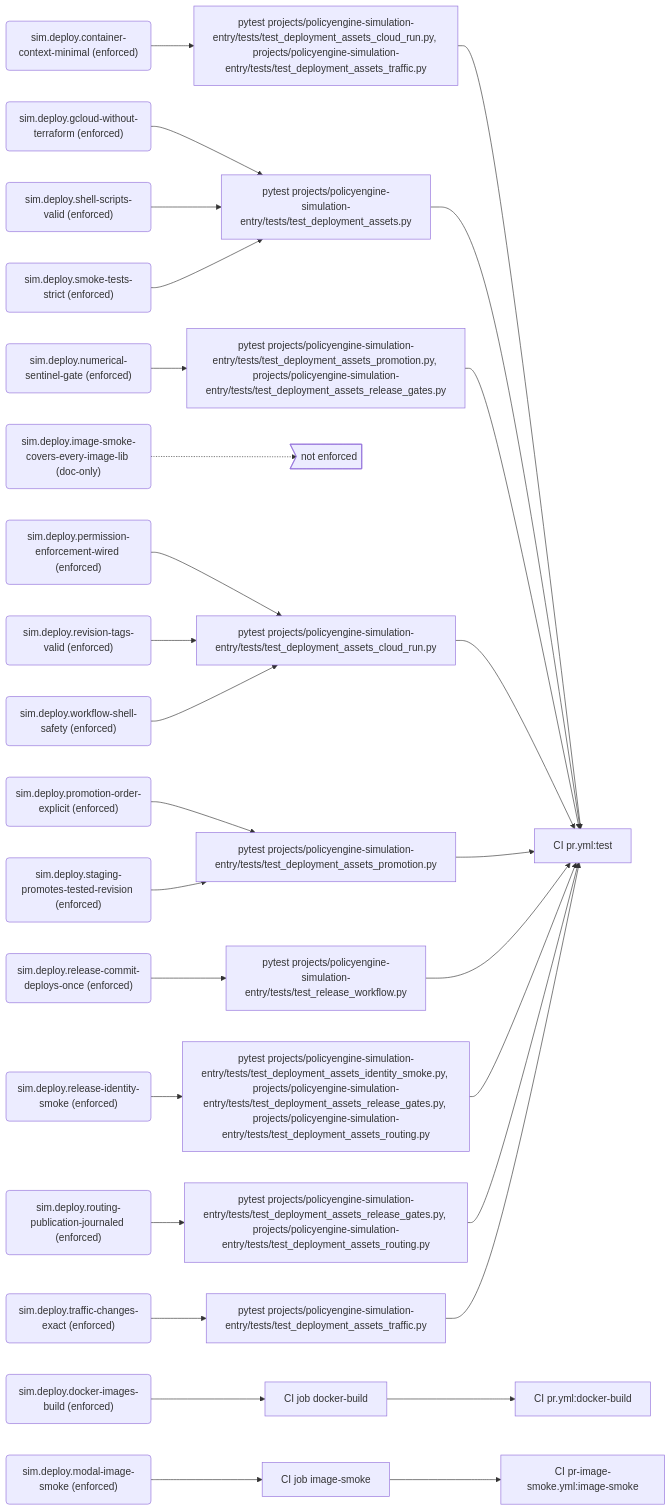
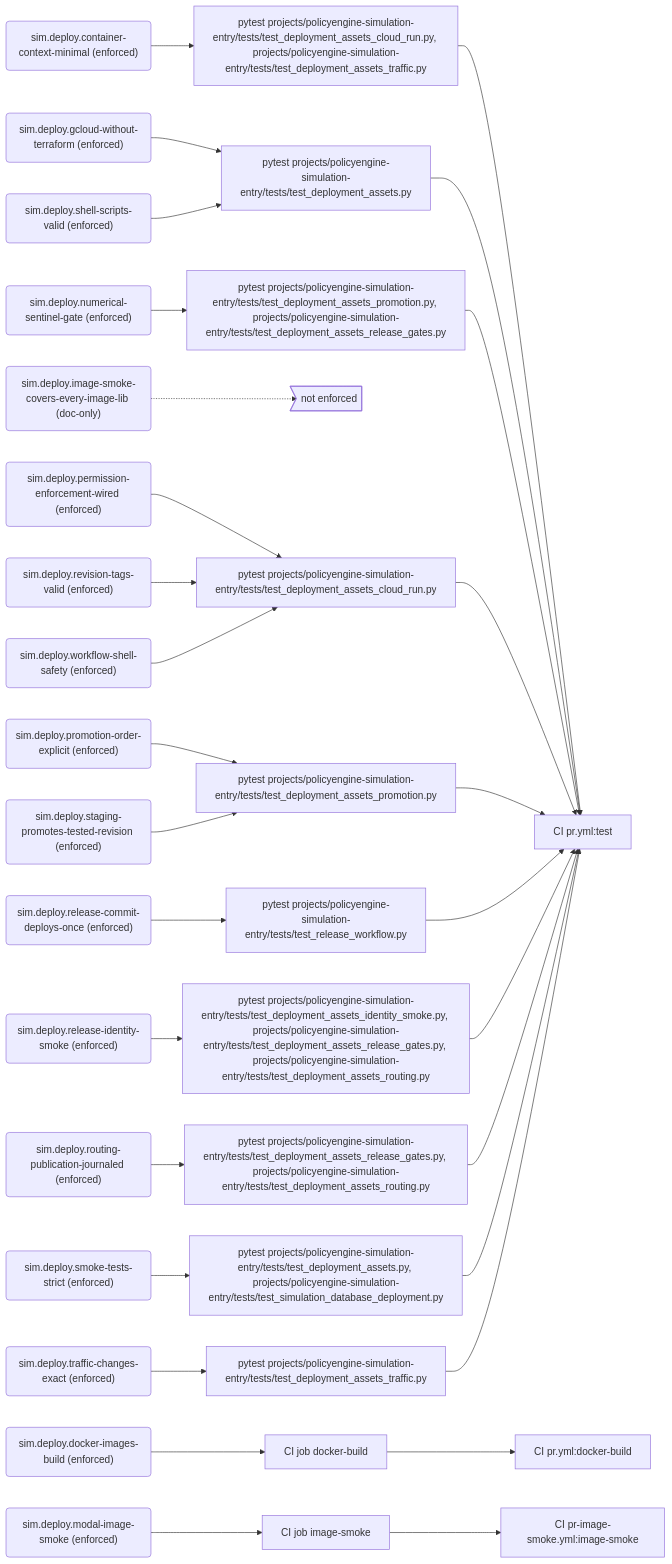
One commit to PolicyEngine/policyengine-sim-api changed the fourth of 11 diagrams in docs/generated/rules.md. Above: the diagram before and after it, drawn with Mermaid. The commit also changed other lines of this file and 6 other files, not shown here.

````diff
--- a/docs/generated/rules.md
+++ b/docs/generated/rules.md
@@ -176,63 +176,65 @@
 ```mermaid
 flowchart LR
   r_sim_deploy_container_context_minimal("sim.deploy.container-context-minimal (enforced)")
   e_pytest_projects_policyengine_simulation_entry_tests_test_deployment_assets_cloud_run_py__projects_policyengine_simulation_entry_tests_test_deployment_assets_traffic_py["pytest projects/policyengine-simulation-entry/tests/test_deployment_assets_cloud_run.py, projects/policyengine-simulation-entry/tests/test_deployment_assets_traffic.py"]
   j_CI_pr_yml_test["CI pr.yml:test"]
   r_sim_deploy_docker_images_build("sim.deploy.docker-images-build (enforced)")
   e_CI_job_docker_build["CI job docker-build"]
   j_CI_pr_yml_docker_build["CI pr.yml:docker-build"]
   r_sim_deploy_gcloud_without_terraform("sim.deploy.gcloud-without-terraform (enforced)")
   e_pytest_projects_policyengine_simulation_entry_tests_test_deployment_assets_py["pytest projects/policyengine-simulation-entry/tests/test_deployment_assets.py"]
   r_sim_deploy_image_smoke_covers_every_image_lib("sim.deploy.image-smoke-covers-every-image-lib (doc-only)")
   gap_unenforced>"not enforced"]
   r_sim_deploy_modal_image_smoke("sim.deploy.modal-image-smoke (enforced)")
   e_CI_job_image_smoke["CI job image-smoke"]
   j_CI_pr_image_smoke_yml_image_smoke["CI pr-image-smoke.yml:image-smoke"]
   r_sim_deploy_numerical_sentinel_gate("sim.deploy.numerical-sentinel-gate (enforced)")
   e_pytest_projects_policyengine_simulation_entry_tests_test_deployment_assets_promotion_py__projects_policyengine_simulation_entry_tests_test_deployment_assets_release_gates_py["pytest projects/policyengine-simulation-entry/tests/test_deployment_assets_promotion.py, projects/policyengine-simulation-entry/tests/test_deployment_assets_release_gates.py"]
   r_sim_deploy_permission_enforcement_wired("sim.deploy.permission-enforcement-wired (enforced)")
   e_pytest_projects_policyengine_simulation_entry_tests_test_deployment_assets_cloud_run_py["pytest projects/policyengine-simulation-entry/tests/test_deployment_assets_cloud_run.py"]
   r_sim_deploy_promotion_order_explicit("sim.deploy.promotion-order-explicit (enforced)")
   e_pytest_projects_policyengine_simulation_entry_tests_test_deployment_assets_promotion_py["pytest projects/policyengine-simulation-entry/tests/test_deployment_assets_promotion.py"]
   r_sim_deploy_release_commit_deploys_once("sim.deploy.release-commit-deploys-once (enforced)")
   e_pytest_projects_policyengine_simulation_entry_tests_test_release_workflow_py["pytest projects/policyengine-simulation-entry/tests/test_release_workflow.py"]
   r_sim_deploy_release_identity_smoke("sim.deploy.release-identity-smoke (enforced)")
   e_pytest_projects_policyengine_simulation_entry_tests_test_deployment_assets_identity_smoke_py__projects_policyengine_simulation_entry_tests_test_deployment_assets_release_gates_py__projects_policyengine_simulation_entry_tests_test_deployment_assets_routing_py["pytest projects/policyengine-simulation-entry/tests/test_deployment_assets_identity_smoke.py, projects/policyengine-simulation-entry/tests/test_deployment_assets_release_gates.py, projects/policyengine-simulation-entry/tests/test_deployment_assets_routing.py"]
   r_sim_deploy_revision_tags_valid("sim.deploy.revision-tags-valid (enforced)")
   r_sim_deploy_routing_publication_journaled("sim.deploy.routing-publication-journaled (enforced)")
   e_pytest_projects_policyengine_simulation_entry_tests_test_deployment_assets_release_gates_py__projects_policyengine_simulation_entry_tests_test_deployment_assets_routing_py["pytest projects/policyengine-simulation-entry/tests/test_deployment_assets_release_gates.py, projects/policyengine-simulation-entry/tests/test_deployment_assets_routing.py"]
   r_sim_deploy_shell_scripts_valid("sim.deploy.shell-scripts-valid (enforced)")
   r_sim_deploy_smoke_tests_strict("sim.deploy.smoke-tests-strict (enforced)")
+  e_pytest_projects_policyengine_simulation_entry_tests_test_deployment_assets_py__projects_policyengine_simulation_entry_tests_test_simulation_database_deployment_py["pytest projects/policyengine-simulation-entry/tests/test_deployment_assets.py, projects/policyengine-simulation-entry/tests/test_simulation_database_deployment.py"]
   r_sim_deploy_staging_promotes_tested_revision("sim.deploy.staging-promotes-tested-revision (enforced)")
   r_sim_deploy_traffic_changes_exact("sim.deploy.traffic-changes-exact (enforced)")
   e_pytest_projects_policyengine_simulation_entry_tests_test_deployment_assets_traffic_py["pytest projects/policyengine-simulation-entry/tests/test_deployment_assets_traffic.py"]
   r_sim_deploy_workflow_shell_safety("sim.deploy.workflow-shell-safety (enforced)")
   r_sim_deploy_container_context_minimal --> e_pytest_projects_policyengine_simulation_entry_tests_test_deployment_assets_cloud_run_py__projects_policyengine_simulation_entry_tests_test_deployment_assets_traffic_py
   e_pytest_projects_policyengine_simulation_entry_tests_test_deployment_assets_cloud_run_py__projects_policyengine_simulation_entry_tests_test_deployment_assets_traffic_py --> j_CI_pr_yml_test
   r_sim_deploy_docker_images_build --> e_CI_job_docker_build
   e_CI_job_docker_build --> j_CI_pr_yml_docker_build
   r_sim_deploy_gcloud_without_terraform --> e_pytest_projects_policyengine_simulation_entry_tests_test_deployment_assets_py
   e_pytest_projects_policyengine_simulation_entry_tests_test_deployment_assets_py --> j_CI_pr_yml_test
   r_sim_deploy_image_smoke_covers_every_image_lib -.-> gap_unenforced
   r_sim_deploy_modal_image_smoke --> e_CI_job_image_smoke
   e_CI_job_image_smoke --> j_CI_pr_image_smoke_yml_image_smoke
   r_sim_deploy_numerical_sentinel_gate --> e_pytest_projects_policyengine_simulation_entry_tests_test_deployment_assets_promotion_py__projects_policyengine_simulation_entry_tests_test_deployment_assets_release_gates_py
   e_pytest_projects_policyengine_simulation_entry_tests_test_deployment_assets_promotion_py__projects_policyengine_simulation_entry_tests_test_deployment_assets_release_gates_py --> j_CI_pr_yml_test
   r_sim_deploy_permission_enforcement_wired --> e_pytest_projects_policyengine_simulation_entry_tests_test_deployment_assets_cloud_run_py
   e_pytest_projects_policyengine_simulation_entry_tests_test_deployment_assets_cloud_run_py --> j_CI_pr_yml_test
   r_sim_deploy_promotion_order_explicit --> e_pytest_projects_policyengine_simulation_entry_tests_test_deployment_assets_promotion_py
   e_pytest_projects_policyengine_simulation_entry_tests_test_deployment_assets_promotion_py --> j_CI_pr_yml_test
   r_sim_deploy_release_commit_deploys_once --> e_pytest_projects_policyengine_simulation_entry_tests_test_release_workflow_py
   e_pytest_projects_policyengine_simulation_entry_tests_test_release_workflow_py --> j_CI_pr_yml_test
   r_sim_deploy_release_identity_smoke --> e_pytest_projects_policyengine_simulation_entry_tests_test_deployment_assets_identity_smoke_py__projects_policyengine_simulation_entry_tests_test_deployment_assets_release_gates_py__projects_policyengine_simulation_entry_tests_test_deployment_assets_routing_py
   e_pytest_projects_policyengine_simulation_entry_tests_test_deployment_assets_identity_smoke_py__projects_policyengine_simulation_entry_tests_test_deployment_assets_release_gates_py__projects_policyengine_simulation_entry_tests_test_deployment_assets_routing_py --> j_CI_pr_yml_test
   r_sim_deploy_revision_tags_valid --> e_pytest_projects_policyengine_simulation_entry_tests_test_deployment_assets_cloud_run_py
   r_sim_deploy_routing_publication_journaled --> e_pytest_projects_policyengine_simulation_entry_tests_test_deployment_assets_release_gates_py__projects_policyengine_simulation_entry_tests_test_deployment_assets_routing_py
   e_pytest_projects_policyengine_simulation_entry_tests_test_deployment_assets_release_gates_py__projects_policyengine_simulation_entry_tests_test_deployment_assets_routing_py --> j_CI_pr_yml_test
   r_sim_deploy_shell_scripts_valid --> e_pytest_projects_policyengine_simulation_entry_tests_test_deployment_assets_py
-  r_sim_deploy_smoke_tests_strict --> e_pytest_projects_policyengine_simulation_entry_tests_test_deployment_assets_py
+  r_sim_deploy_smoke_tests_strict --> e_pytest_projects_policyengine_simulation_entry_tests_test_deployment_assets_py__projects_policyengine_simulation_entry_tests_test_simulation_database_deployment_py
+  e_pytest_projects_policyengine_simulation_entry_tests_test_deployment_assets_py__projects_policyengine_simulation_entry_tests_test_simulation_database_deployment_py --> j_CI_pr_yml_test
   r_sim_deploy_staging_promotes_tested_revision --> e_pytest_projects_policyengine_simulation_entry_tests_test_deployment_assets_promotion_py
   r_sim_deploy_traffic_changes_exact --> e_pytest_projects_policyengine_simulation_entry_tests_test_deployment_assets_traffic_py
   e_pytest_projects_policyengine_simulation_entry_tests_test_deployment_assets_traffic_py --> j_CI_pr_yml_test
   r_sim_deploy_workflow_shell_safety --> e_pytest_projects_policyengine_simulation_entry_tests_test_deployment_assets_cloud_run_py
 ```
````
